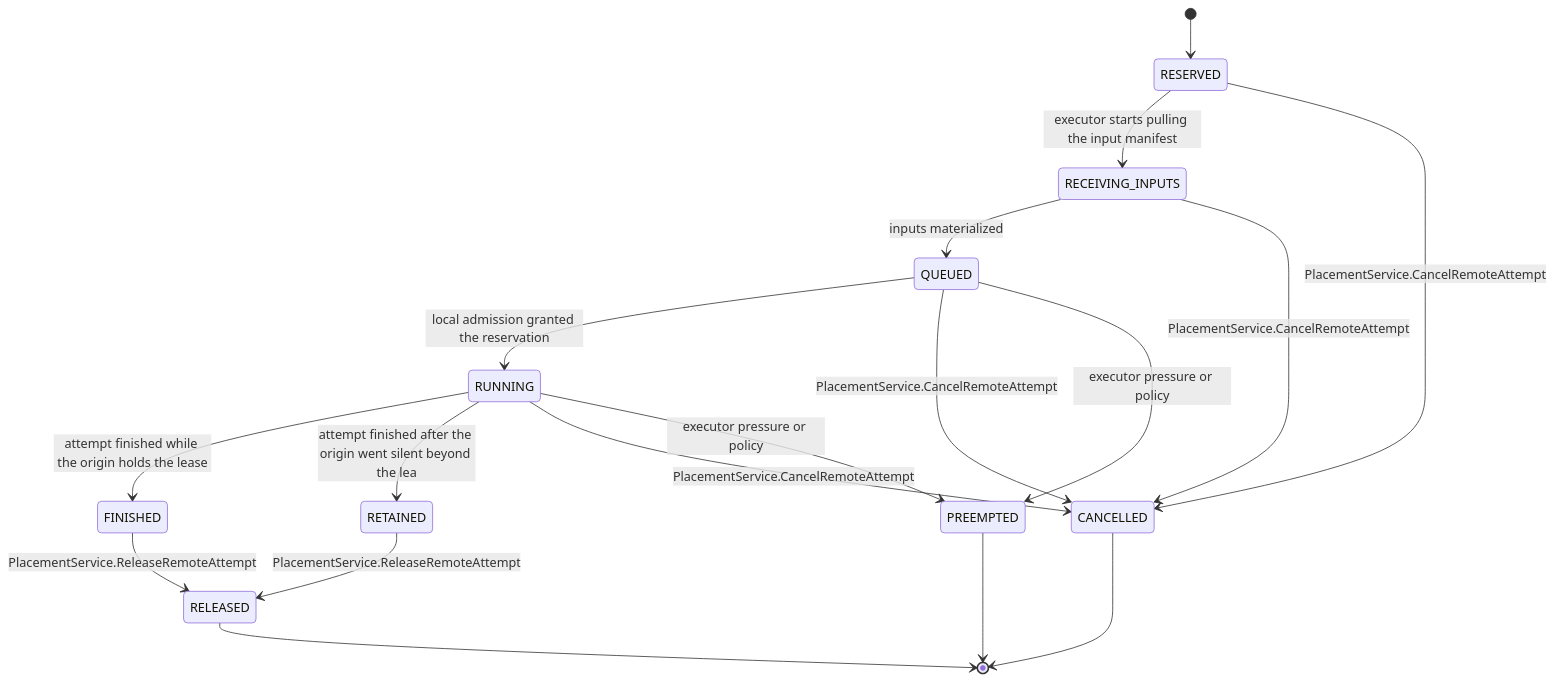
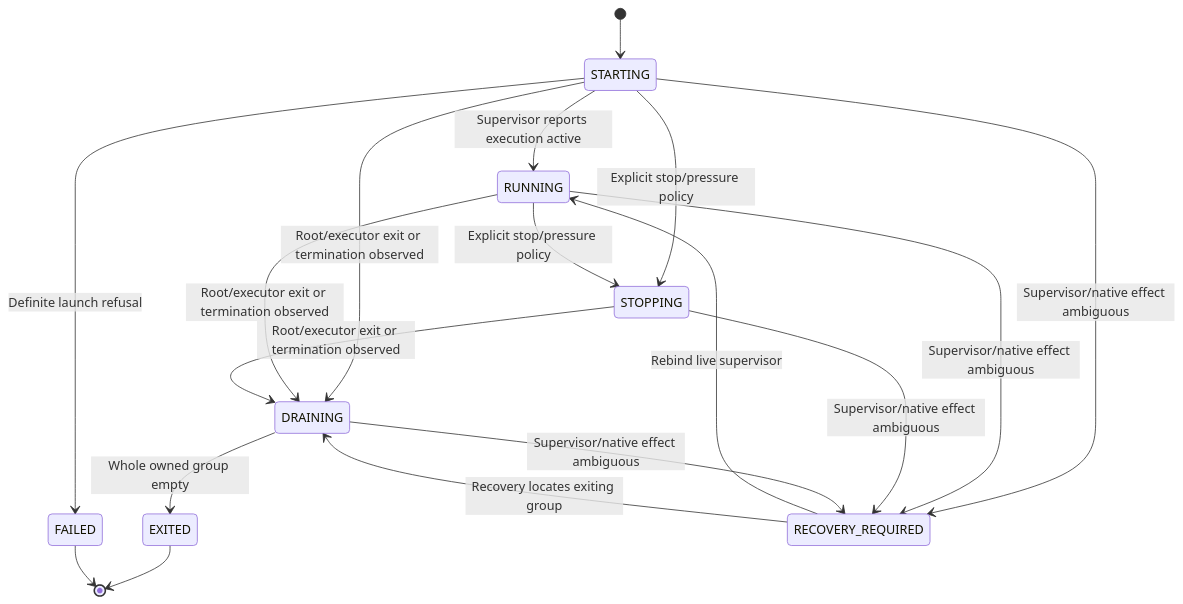
Before and after one commit to ArcForges/ArcForges-Design: the second of 6 diagrams in docs/state-machines/README.md, drawn with Mermaid. The commit also changed other lines of this file and 204 other files, not shown here.

````diff
--- a/docs/state-machines/README.md
+++ b/docs/state-machines/README.md
@@ -339,20 +59,20 @@
 ```mermaid
 stateDiagram-v2
-  [*] --> RESERVED
-  RESERVED --> RECEIVING_INPUTS : executor starts pulling the input manifest
-  RECEIVING_INPUTS --> QUEUED : inputs materialized
-  QUEUED --> RUNNING : local admission granted the reservation
-  RUNNING --> FINISHED : attempt finished while the origin holds the lease
-  RUNNING --> RETAINED : attempt finished after the origin went silent beyond the lea
-  FINISHED --> RELEASED : PlacementService.ReleaseRemoteAttempt
-  RETAINED --> RELEASED : PlacementService.ReleaseRemoteAttempt
-  RESERVED --> CANCELLED : PlacementService.CancelRemoteAttempt
-  RECEIVING_INPUTS --> CANCELLED : PlacementService.CancelRemoteAttempt
-  QUEUED --> CANCELLED : PlacementService.CancelRemoteAttempt
-  RUNNING --> CANCELLED : PlacementService.CancelRemoteAttempt
-  QUEUED --> PREEMPTED : executor pressure or policy
-  RUNNING --> PREEMPTED : executor pressure or policy
-  RELEASED --> [*]
-  CANCELLED --> [*]
-  PREEMPTED --> [*]
+  [*] --> STARTING
+  STARTING --> RUNNING : Supervisor reports execution active
+  STARTING --> FAILED : Definite launch refusal
+  STARTING --> STOPPING : Explicit stop/pressure policy
+  RUNNING --> STOPPING : Explicit stop/pressure policy
+  STARTING --> DRAINING : Root/executor exit or termination observed
+  RUNNING --> DRAINING : Root/executor exit or termination observed
+  STOPPING --> DRAINING : Root/executor exit or termination observed
+  DRAINING --> EXITED : Whole owned group empty
+  STARTING --> RECOVERY_REQUIRED : Supervisor/native effect ambiguous
+  RUNNING --> RECOVERY_REQUIRED : Supervisor/native effect ambiguous
+  STOPPING --> RECOVERY_REQUIRED : Supervisor/native effect ambiguous
+  DRAINING --> RECOVERY_REQUIRED : Supervisor/native effect ambiguous
+  RECOVERY_REQUIRED --> RUNNING : Rebind live supervisor
+  RECOVERY_REQUIRED --> DRAINING : Recovery locates exiting group
+  EXITED --> [*]
+  FAILED --> [*]
 ```
````
